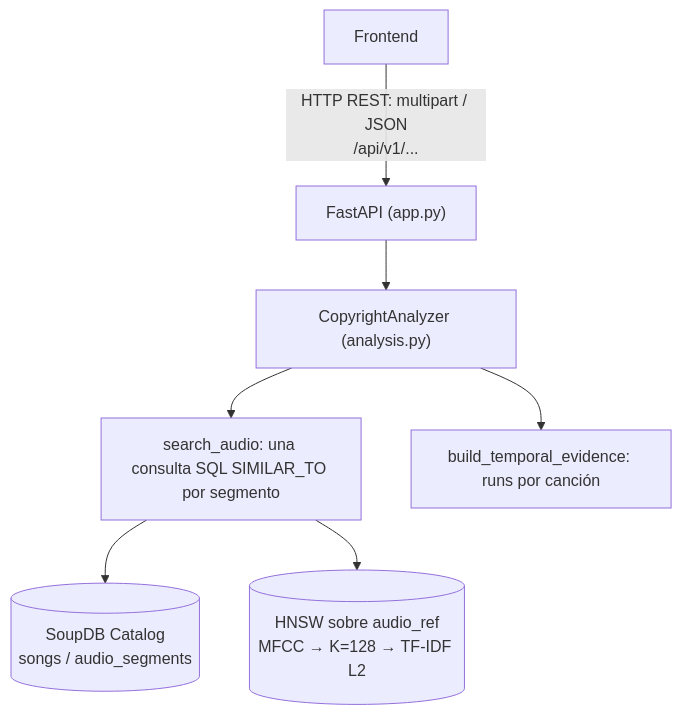
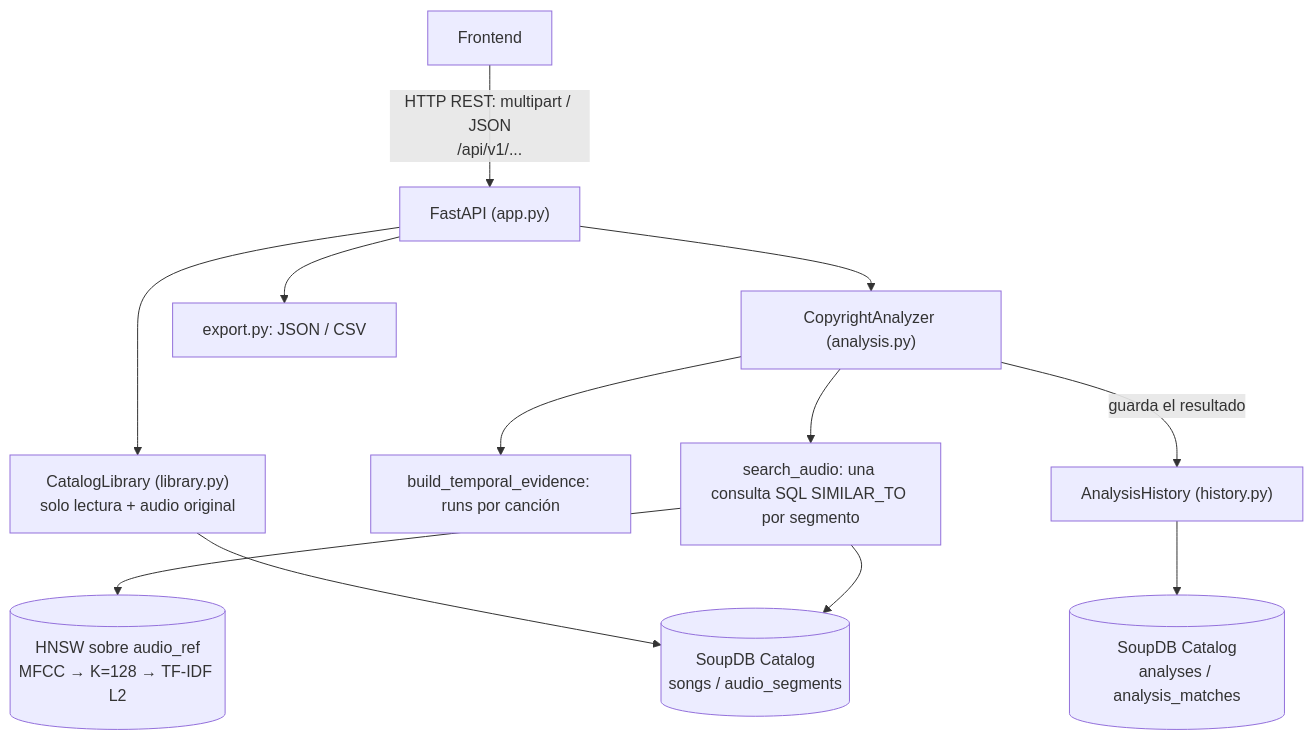
One commit to BD2-Project/SoupDB changed the diagram in docs/copyright_api.md. Above: the diagram before and after it, drawn with Mermaid. The commit also changed other lines of this file and 9 other files, not shown here.

Commit message:
feat(copyright): add frontend catalog history and exports

````diff
--- a/docs/copyright_api.md
+++ b/docs/copyright_api.md
@@ -24,9 +24,14 @@
 ```mermaid
 flowchart TD
     FE["Frontend"] -->|"HTTP REST: multipart / JSON<br/>/api/v1/..."| API["FastAPI (app.py)"]
     API --> AN["CopyrightAnalyzer (analysis.py)"]
     AN --> SE["search_audio: una consulta SQL SIMILAR_TO por segmento"]
     AN --> EV["build_temporal_evidence: runs por canción"]
     SE --> CAT[("SoupDB Catalog<br/>songs / audio_segments")]
     SE --> HN[("HNSW sobre audio_ref<br/>MFCC → K=128 → TF-IDF L2")]
+    AN -->|"guarda el resultado"| HI["AnalysisHistory (history.py)"]
+    HI --> HT[("SoupDB Catalog<br/>analyses / analysis_matches")]
+    API --> LI["CatalogLibrary (library.py)<br/>solo lectura + audio original"]
+    LI --> CAT
+    API --> EX["export.py: JSON / CSV"]
 ```
````
